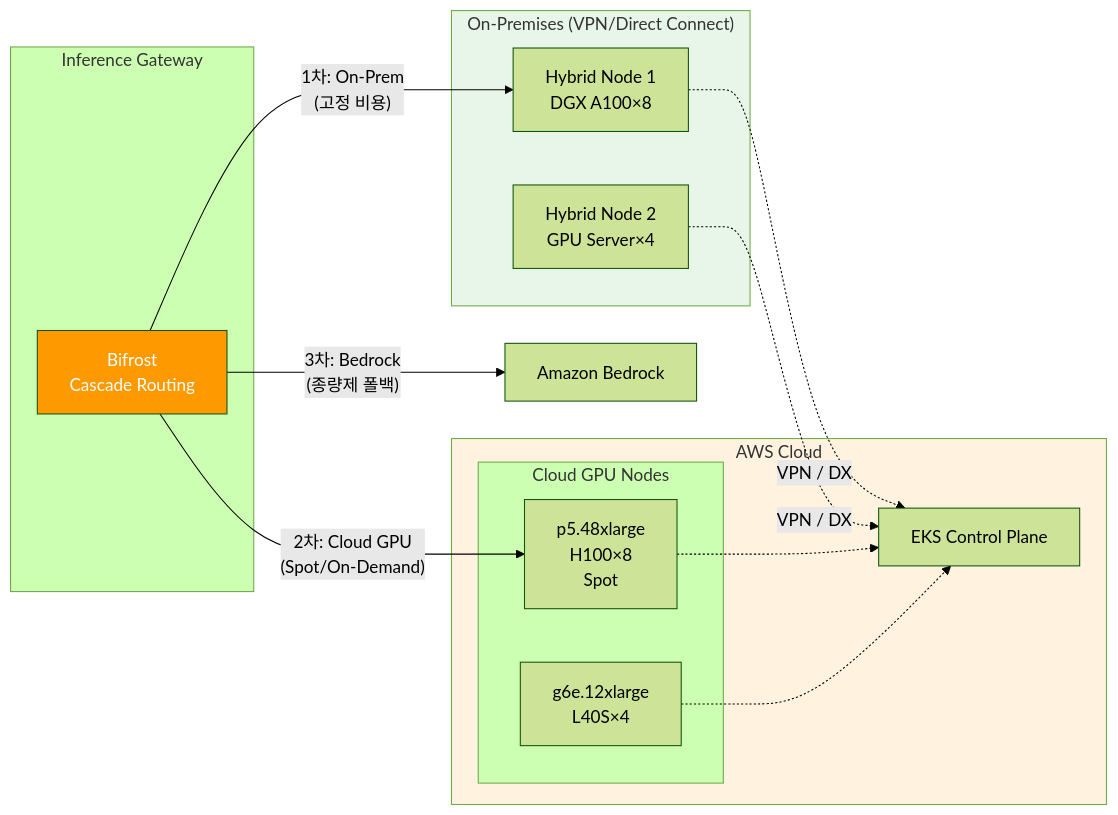
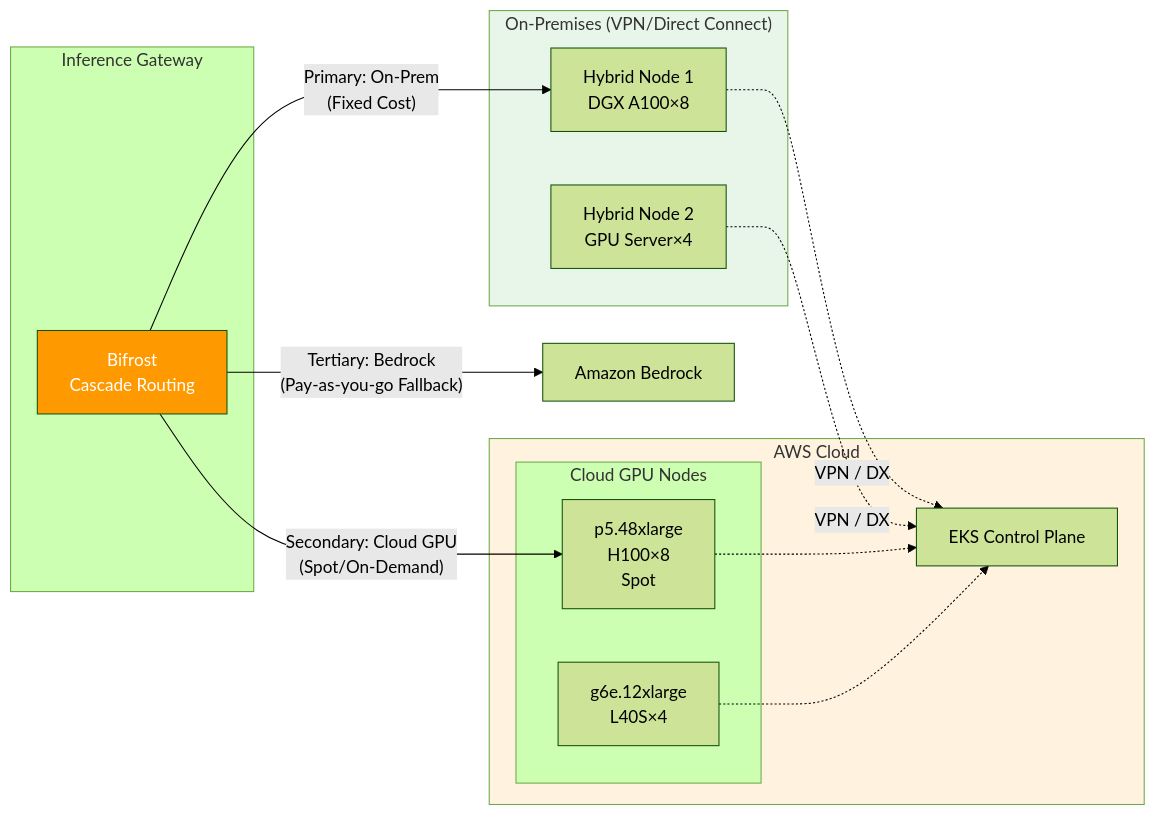
The fourth of 4 diagrams in i18n/en/docusaurus-plugin-content-docs/current/agentic-ai-platform/model-serving/inference-optimization/cost-optimization.md (devfloor9/engineering-playbook), drawn with Mermaid (forest theme) before and after one commit. The commit also changed other lines of this file and 72 other files, not shown here.

````diff
--- a/i18n/en/docusaurus-plugin-content-docs/current/agentic-ai-platform/model-serving/inference-optimization/cost-optimization.md
+++ b/i18n/en/docusaurus-plugin-content-docs/current/agentic-ai-platform/model-serving/inference-optimization/cost-optimization.md
@@ -298,32 +298,32 @@
 ```mermaid
 flowchart LR
     subgraph AWS["AWS Cloud"]
         EKS[EKS Control Plane]
         subgraph CloudNodes["Cloud GPU Nodes"]
             CN1[p5.48xlarge<br/>H100×8<br/>Spot]
             CN2[g6e.12xlarge<br/>L40S×4]
         end
     end
 
     subgraph OnPrem["On-Premises (VPN/Direct Connect)"]
         HN1[Hybrid Node 1<br/>DGX A100×8]
         HN2[Hybrid Node 2<br/>GPU Server×4]
     end
 
     subgraph Gateway["Inference Gateway"]
         BF[Bifrost<br/>Cascade Routing]
     end
 
-    BF -->|"1차: On-Prem<br/>(고정 비용)"| HN1
-    BF -->|"2차: Cloud GPU<br/>(Spot/On-Demand)"| CN1
-    BF -->|"3차: Bedrock<br/>(종량제 폴백)"| BR[Amazon Bedrock]
+    BF -->|"Primary: On-Prem<br/>(Fixed Cost)"| HN1
+    BF -->|"Secondary: Cloud GPU<br/>(Spot/On-Demand)"| CN1
+    BF -->|"Tertiary: Bedrock<br/>(Pay-as-you-go Fallback)"| BR[Amazon Bedrock]
 
     HN1 -.->|"VPN / DX"| EKS
     HN2 -.->|"VPN / DX"| EKS
     CN1 -.-> EKS
     CN2 -.-> EKS
 
     style AWS fill:#fff3e0
     style OnPrem fill:#e8f5e9
     style BF fill:#ff9900,color:#fff
 ```
````
